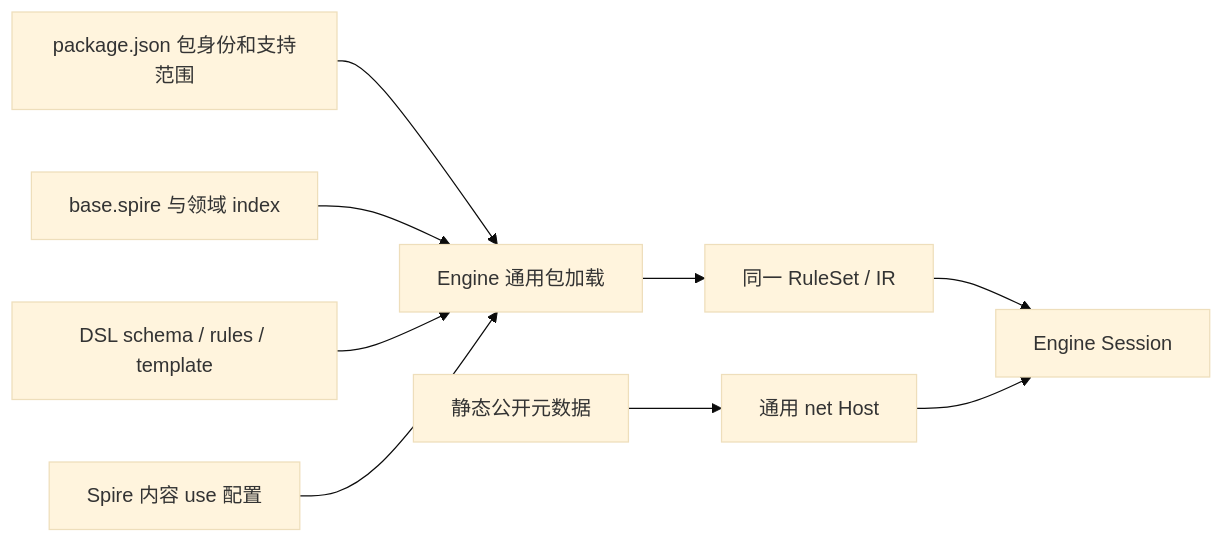
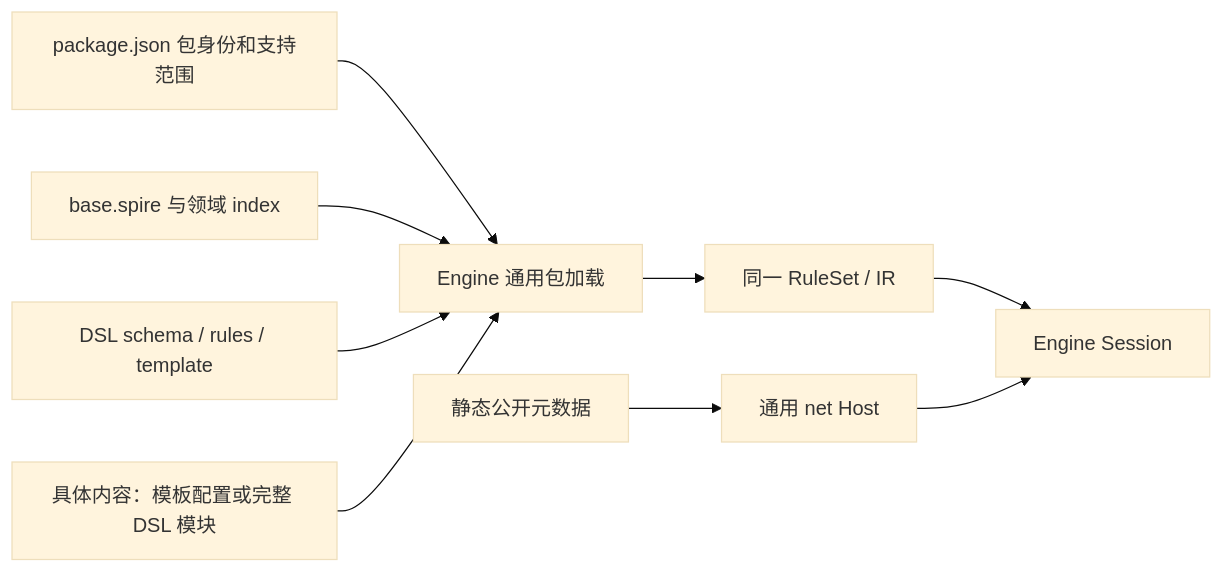
One commit to QingXiang22/auto-the-spire changed the diagram in docs/design/mod-the-spire/base-architecture.md. Above: the diagram before and after it, drawn with Mermaid (base theme). The commit also changed other lines of this file and 44 other files, not shown here.

````diff
--- a/docs/design/mod-the-spire/base-architecture.md
+++ b/docs/design/mod-the-spire/base-architecture.md
@@ -7,11 +7,11 @@
 ```mermaid
 flowchart LR
     Manifest[package.json 包身份和支持范围] --> Load[Engine 通用包加载]
     Root[base.spire 与领域 index] --> Load
     Rules[DSL schema / rules / template] --> Load
-    Content[Spire 内容 use 配置] --> Load
+    Content[具体内容：模板配置或完整 DSL 模块] --> Load
     Load --> IR[同一 RuleSet / IR]
     IR --> Session[Engine Session]
     Meta[静态公开元数据] --> Host[通用 net Host]
     Host --> Session
 ```
````
